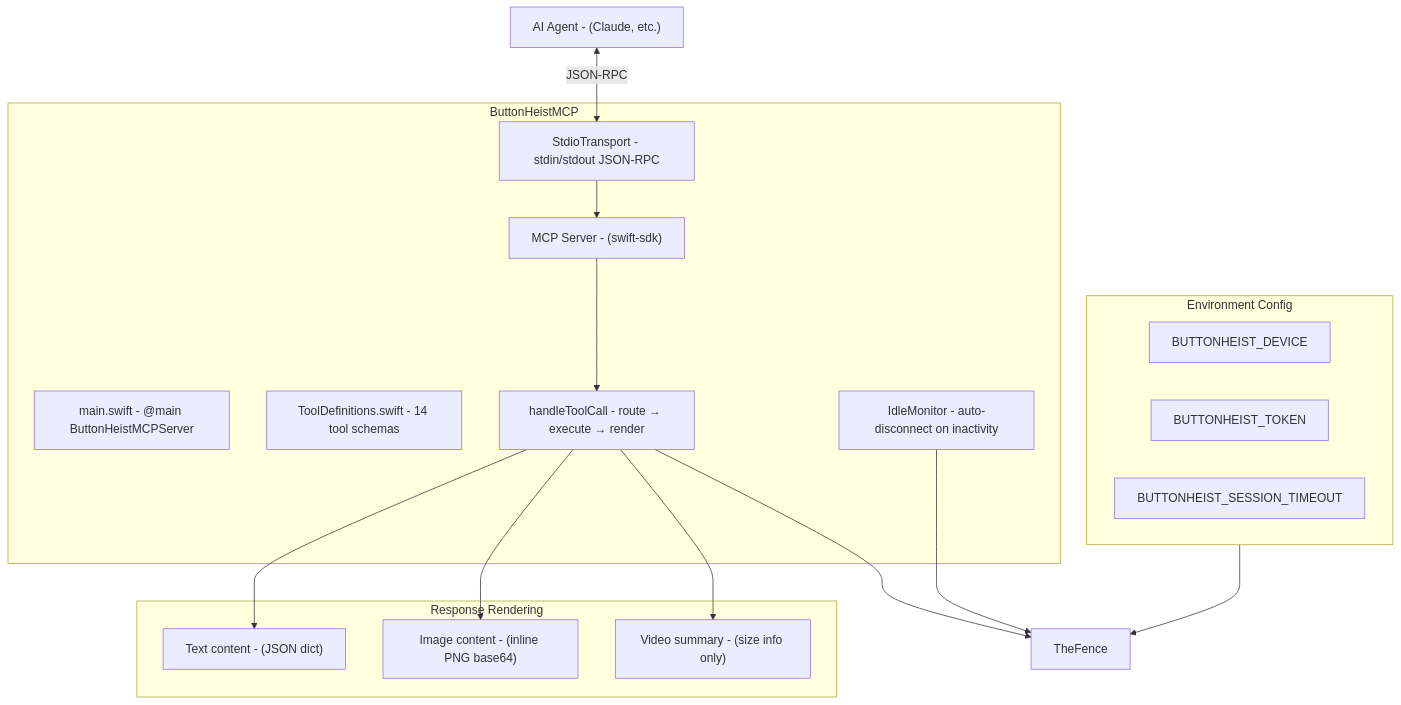
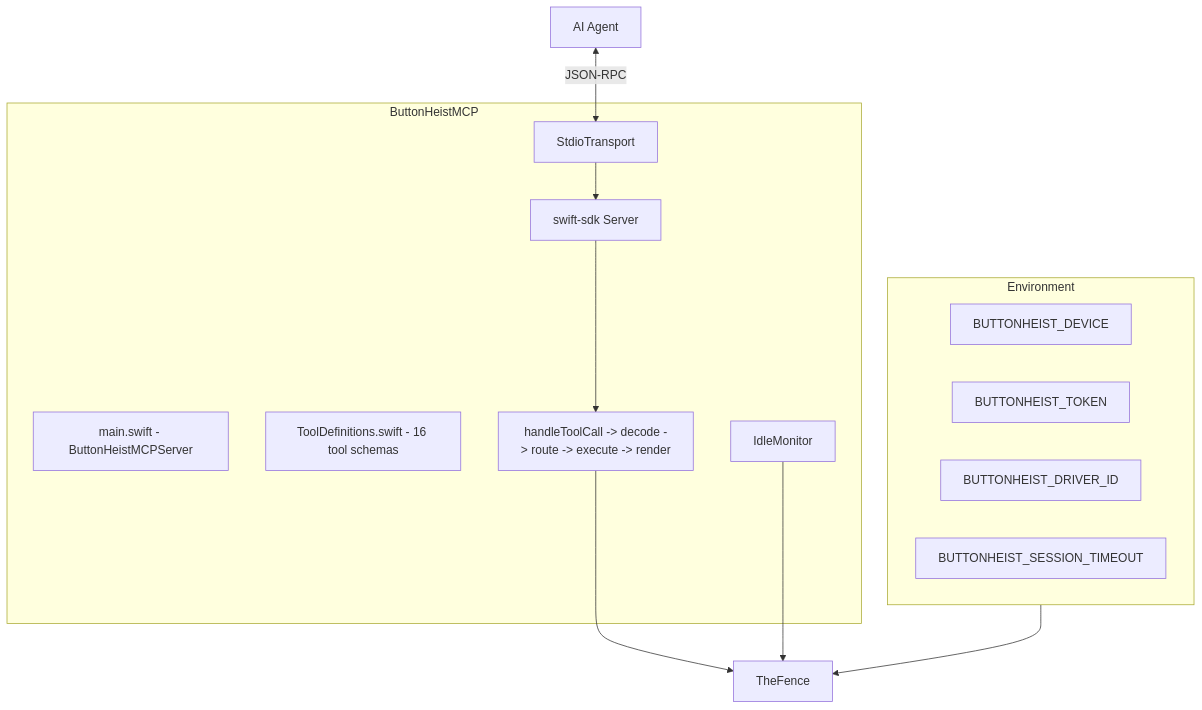
One commit to RoyalPineapple/TheButtonHeist changed the diagram in docs/dossiers/12-MCP.md. Above: the diagram before and after it, drawn with Mermaid. The commit also changed other lines of this file and 8 other files, not shown here.

Commit message:
Refresh ButtonHeist documentation

````diff
--- a/docs/dossiers/12-MCP.md
+++ b/docs/dossiers/12-MCP.md
@@ -20,34 +19,25 @@
 ```mermaid
 graph TD
     subgraph MCP["ButtonHeistMCP"]
-        Main["main.swift - @main ButtonHeistMCPServer"]
-        Server["MCP Server - (swift-sdk)"]
-        Transport["StdioTransport - stdin/stdout JSON-RPC"]
-        ToolDef["ToolDefinitions.swift - 14 tool schemas"]
-        Handler["handleToolCall - route → execute → render"]
-        Idle["IdleMonitor - auto-disconnect on inactivity"]
+        Main["main.swift - ButtonHeistMCPServer"]
+        Server["swift-sdk Server"]
+        Transport["StdioTransport"]
+        Tools["ToolDefinitions.swift - 16 tool schemas"]
+        Handler["handleToolCall -> decode -> route -> execute -> render"]
+        Idle["IdleMonitor"]
     end
 
-    subgraph Config["Environment Config"]
+    subgraph Config["Environment"]
         Device["BUTTONHEIST_DEVICE"]
         Token["BUTTONHEIST_TOKEN"]
+        Driver["BUTTONHEIST_DRIVER_ID"]
         Timeout["BUTTONHEIST_SESSION_TIMEOUT"]
     end
 
-    subgraph Rendering["Response Rendering"]
-        TextContent["Text content - (JSON dict)"]
-        ImageContent["Image content - (inline PNG base64)"]
-        VideoSummary["Video summary - (size info only)"]
-    end
-
-    AIAgent["AI Agent - (Claude, etc.)"] <-->|JSON-RPC| Transport
+    Agent["AI Agent"] <-->|JSON-RPC| Transport
     Transport --> Server
     Server --> Handler
     Handler --> TheFence["TheFence"]
     Config --> TheFence
     Idle --> TheFence
-
-    Handler --> TextContent
-    Handler --> ImageContent
-    Handler --> VideoSummary
 ```
````
